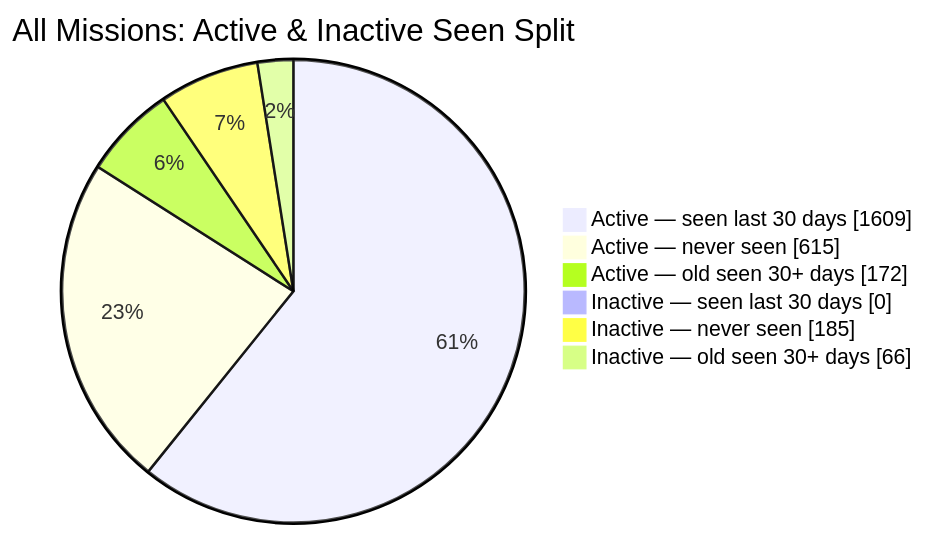
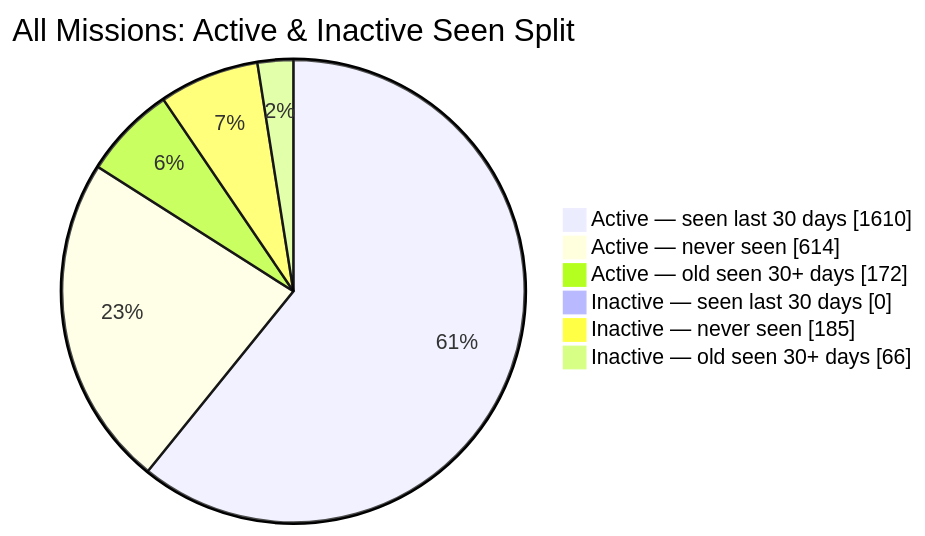
The second of 2 diagrams in README.md (MeldkamerspelGameTeam/active-missions), drawn with Mermaid before and after one commit. The commit also changed other lines of this file and 3 other files, not shown here.

````diff
--- a/README.md
+++ b/README.md
@@ -44,10 +44,10 @@
 ```mermaid
 pie showData
     title All Missions: Active & Inactive Seen Split
-    "Active — seen last 30 days" : 1609
-    "Active — never seen" : 615
+    "Active — seen last 30 days" : 1610
+    "Active — never seen" : 614
     "Active — old seen 30+ days" : 172
     "Inactive — seen last 30 days" : 0
     "Inactive — never seen" : 185
     "Inactive — old seen 30+ days" : 66
 ```
````
